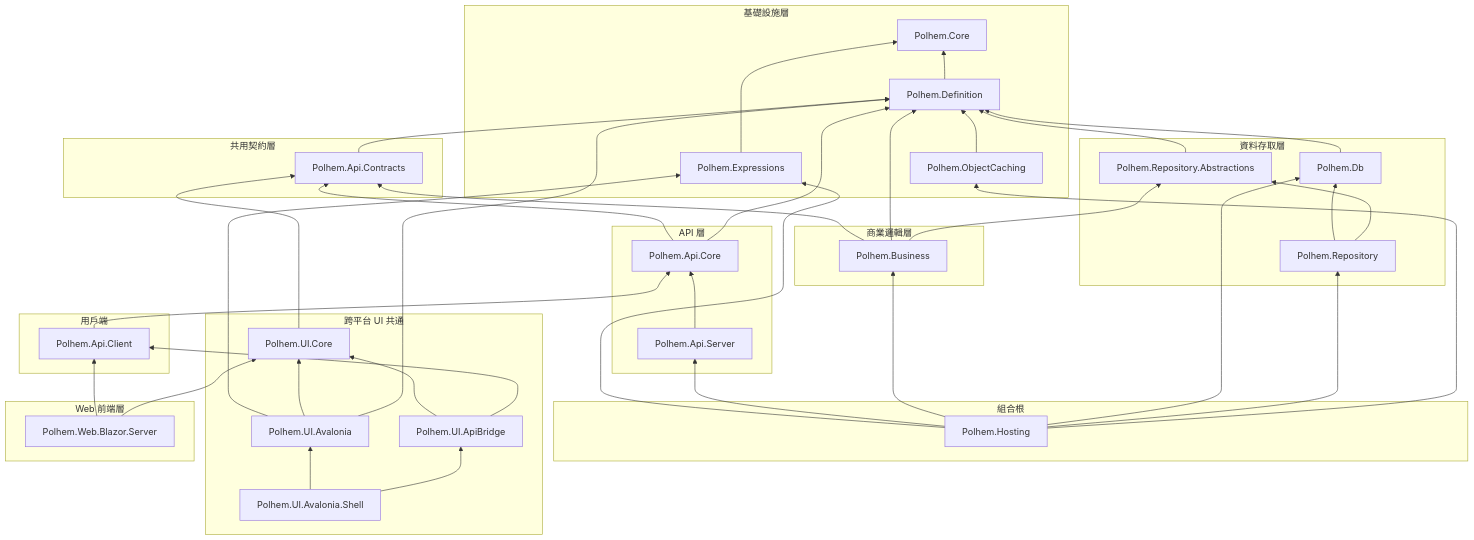
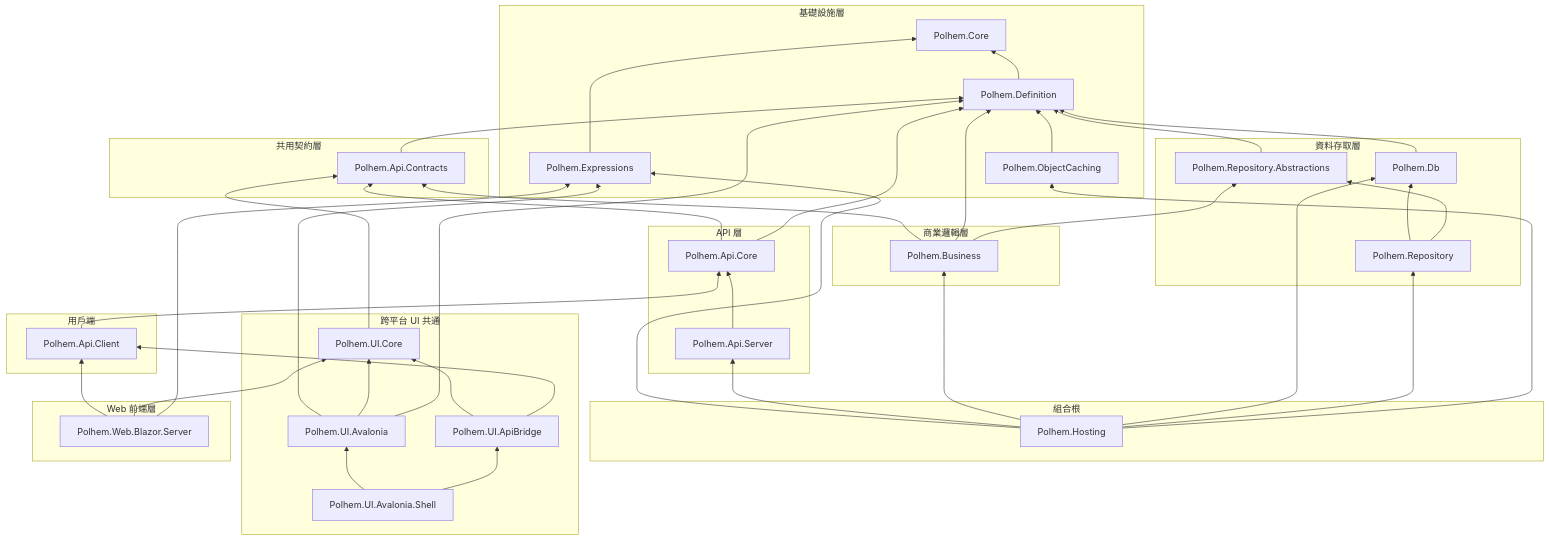
One commit to polhem-dev/polhem changed the diagram in docs/zh-TW/architecture/dependency-map.md. Above: the diagram before and after it, drawn with Mermaid. The commit also changed other lines of this file and 136 other files, not shown here.

````diff
--- a/docs/zh-TW/architecture/dependency-map.md
+++ b/docs/zh-TW/architecture/dependency-map.md
@@ -15,79 +15,80 @@
 ```mermaid
 graph BT
   subgraph 基礎設施層
     Base["Polhem.Core"]
     Expressions["Polhem.Expressions"]
     Definition["Polhem.Definition"]
     Caching["Polhem.ObjectCaching"]
   end
 
   subgraph 資料存取層
     RepoAbs["Polhem.Repository.Abstractions"]
     Db["Polhem.Db"]
     Repo["Polhem.Repository"]
   end
 
   subgraph 商業邏輯層
     Business["Polhem.Business"]
   end
 
   subgraph SharedContracts [共用契約層]
     Contracts["Polhem.Api.Contracts"]
   end
 
   subgraph API 層
     Core["Polhem.Api.Core"]
     Server["Polhem.Api.Server"]
   end
 
   subgraph CompositionRoot [組合根]
     Hosting["Polhem.Hosting"]
   end
 
   subgraph 用戶端
     Client["Polhem.Api.Client"]
   end
 
   subgraph 跨平台 UI 共通
     UICore["Polhem.UI.Core"]
     UIAvalonia["Polhem.UI.Avalonia"]
     UIApiBridge["Polhem.UI.ApiBridge"]
     UIShell["Polhem.UI.Avalonia.Shell"]
   end
 
   subgraph Web 前端層
     BlazorSrv["Polhem.Web.Blazor.Server"]
   end
 
   Definition --> Base
   Expressions --> Base
   Hosting --> Expressions
   UIAvalonia --> Expressions
   Contracts --> Definition
   Db --> Definition
   RepoAbs --> Definition
   Caching --> Definition
   Business --> Contracts
   Business --> Definition
   Business --> RepoAbs
   Repo --> Db
   Repo --> RepoAbs
   Core --> Contracts
   Core --> Definition
   Server --> Core
   Hosting --> Server
   Hosting --> Business
   Hosting --> Db
   Hosting --> Repo
   Hosting --> Caching
   Client --> Core
   UICore --> Contracts
   UIAvalonia --> UICore
   UIAvalonia --> Definition
   UIApiBridge --> UICore
   UIApiBridge --> Client
   UIShell --> UIAvalonia
   UIShell --> UIApiBridge
   BlazorSrv --> Client
   BlazorSrv --> UICore
+  BlazorSrv --> Expressions
 ```
````
